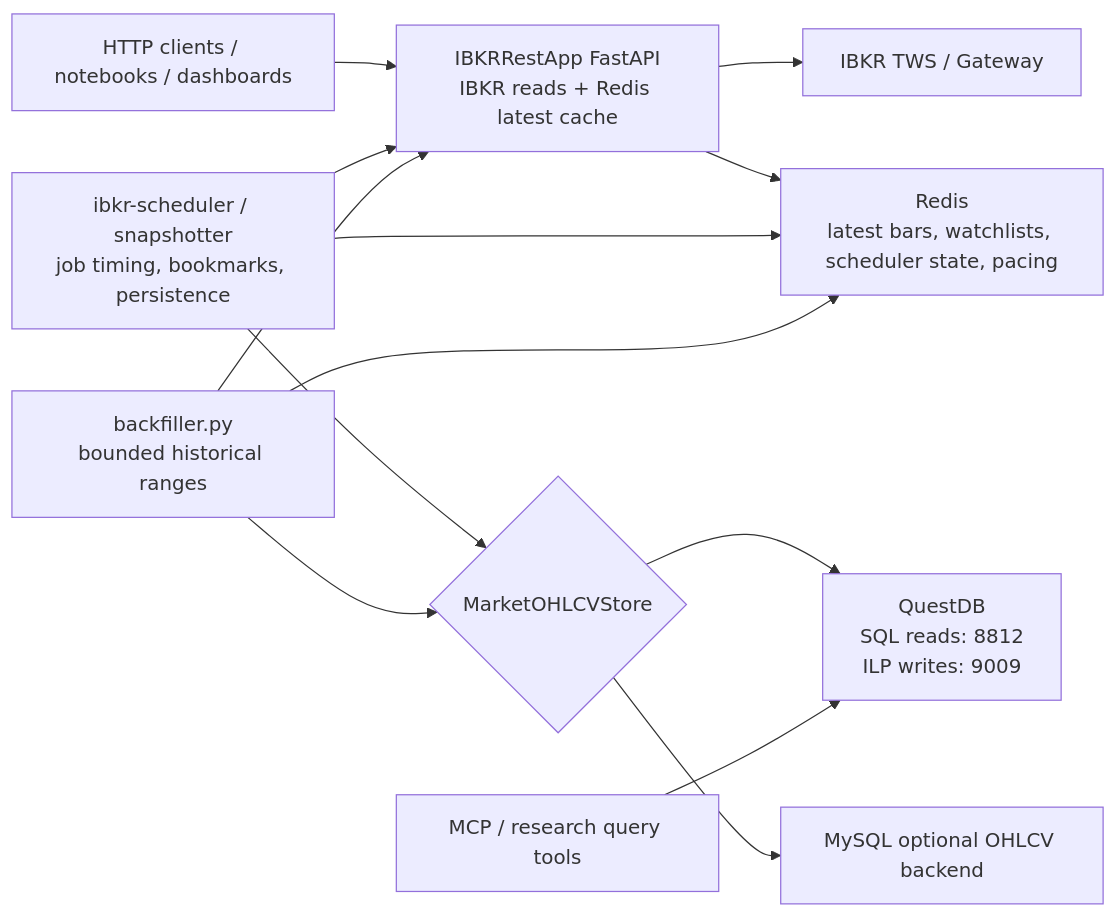
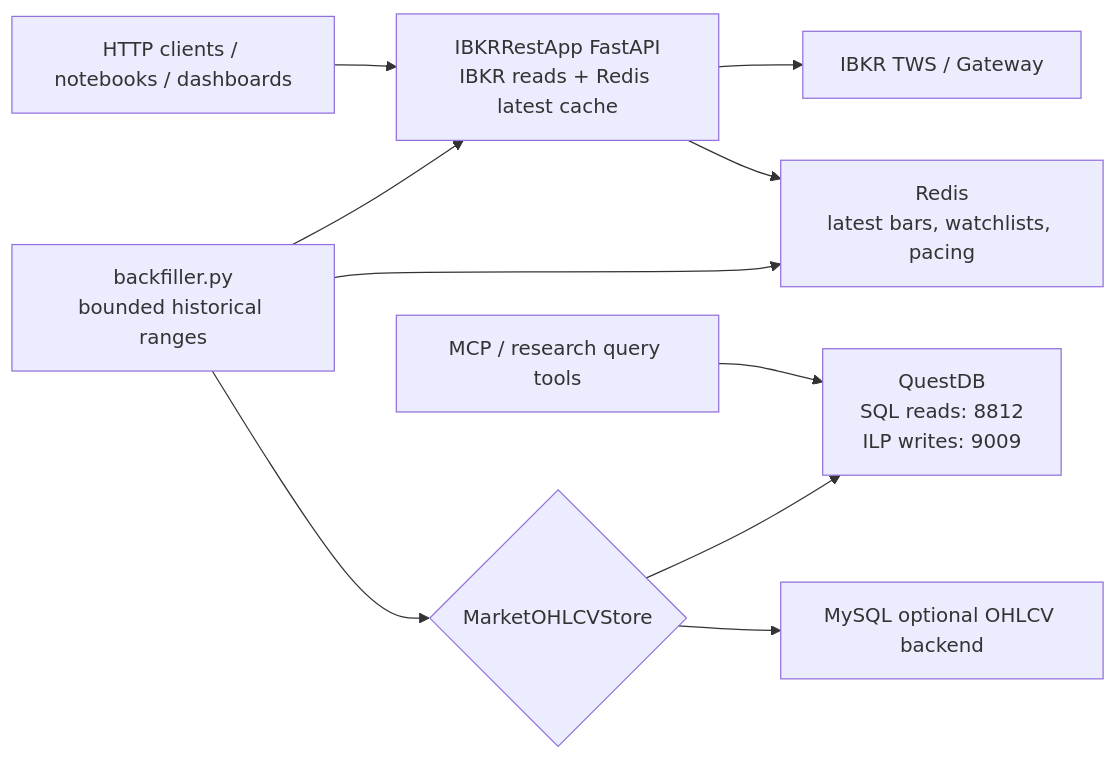
Before and after one commit to clarenceovo/IBPython: the diagram in PROJECT_SETUP_ARCHITECTURE.md, drawn with Mermaid. The commit also changed other lines of this file and 72 other files, not shown here.

````diff
--- a/PROJECT_SETUP_ARCHITECTURE.md
+++ b/PROJECT_SETUP_ARCHITECTURE.md
@@ -65,17 +60,14 @@
 ```mermaid
 flowchart LR
     Client["HTTP clients / notebooks / dashboards"] --> API["IBKRRestApp FastAPI\nIBKR reads + Redis latest cache"]
     API --> IBKR["IBKR TWS / Gateway"]
-    API --> Redis["Redis\nlatest bars, watchlists, scheduler state, pacing"]
+    API --> Redis["Redis\nlatest bars, watchlists, pacing"]
 
-    Scheduler["ibkr-scheduler / snapshotter\njob timing, bookmarks, persistence"] --> API
-    Scheduler --> Redis
-    Scheduler --> Store{"MarketOHLCVStore"}
     Backfiller["backfiller.py\nbounded historical ranges"] --> API
     Backfiller --> Redis
-    Backfiller --> Store
+    Backfiller --> Store{"MarketOHLCVStore"}
     Store --> QuestDB["QuestDB\nSQL reads: 8812\nILP writes: 9009"]
     Store --> MySQL["MySQL optional OHLCV backend"]
 
     MCP["MCP / research query tools"] --> QuestDB
 ```
````
